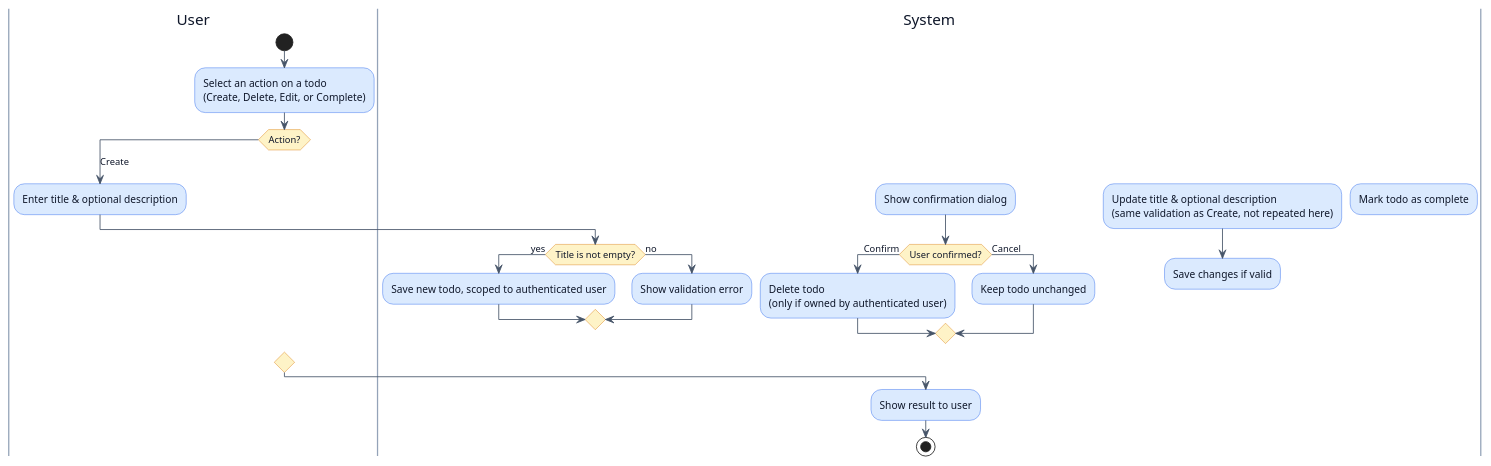
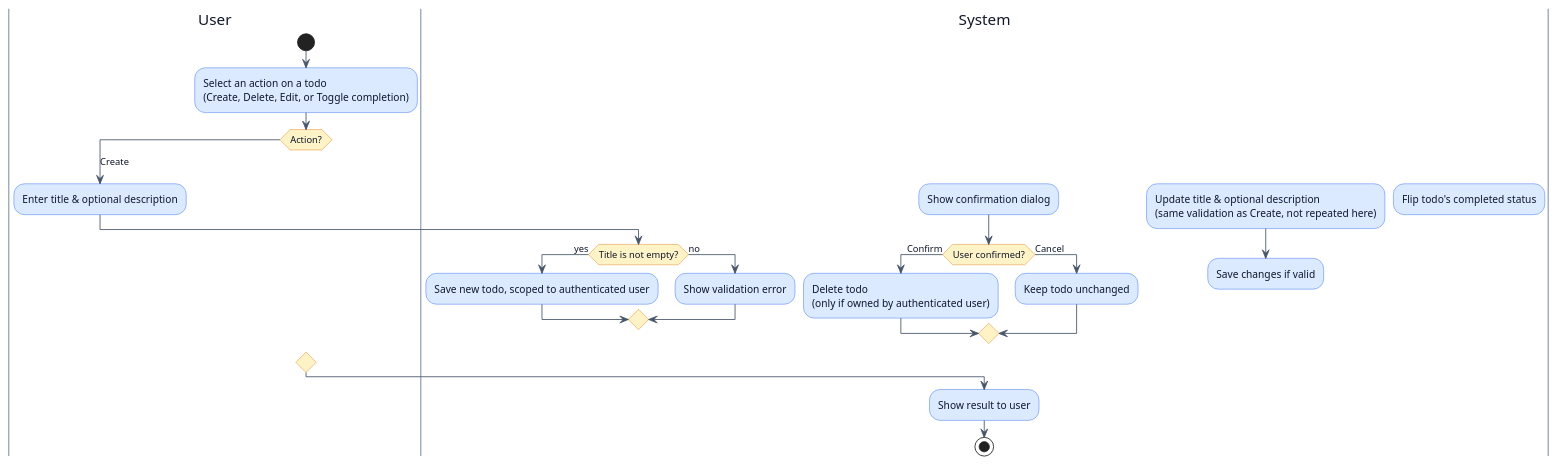
One commit to se-polinema/se-polinema.github.io changed the third of 14 diagrams in src/content/blog/skripsi-series-part-4-analisis-dan-perancangan.md. Above: the diagram before and after it, drawn with PlantUML. The commit also changed other lines of this file and 6 other files, not shown here.

First line of the commit message:
Fix Todo case study: complete-only action becomes a real toggle

````diff
--- a/src/content/blog/skripsi-series-part-4-analisis-dan-perancangan.md
+++ b/src/content/blog/skripsi-series-part-4-analisis-dan-perancangan.md
@@ -328,53 +328,53 @@
 ```plantuml
 @startuml
 skinparam backgroundColor #FFFFFF
 skinparam swimlane {
   BorderColor #94a3b8
   TitleFontColor #0f172a
 }
 skinparam activity {
   BackgroundColor #dbeafe
   BorderColor #2563eb
   FontColor #0f172a
   DiamondBackgroundColor #fef3c7
   DiamondBorderColor #d97706
 }
 skinparam arrow {
   Color #475569
   FontColor #0f172a
 }
 
 |User|
 start
-:Select an action on a todo\n(Create, Delete, Edit, or Complete);
+:Select an action on a todo\n(Create, Delete, Edit, or Toggle completion);
 
 switch (Action?)
 case (Create)
   :Enter title & optional description;
   |System|
   if (Title is not empty?) then (yes)
     :Save new todo, scoped to authenticated user;
   else (no)
     :Show validation error;
   endif
 case (Delete)
   |System|
   :Show confirmation dialog;
   if (User confirmed?) then (Confirm)
     :Delete todo\n(only if owned by authenticated user);
   else (Cancel)
     :Keep todo unchanged;
   endif
 case (Edit)
   :Update title & optional description\n(same validation as Create, not repeated here);
   |System|
   :Save changes if valid;
-case (Complete)
+case (Toggle completion)
   |System|
-  :Mark todo as complete;
+  :Flip todo's completed status;
 endswitch
 
 :Show result to user;
 stop
 @enduml
 ```
````
